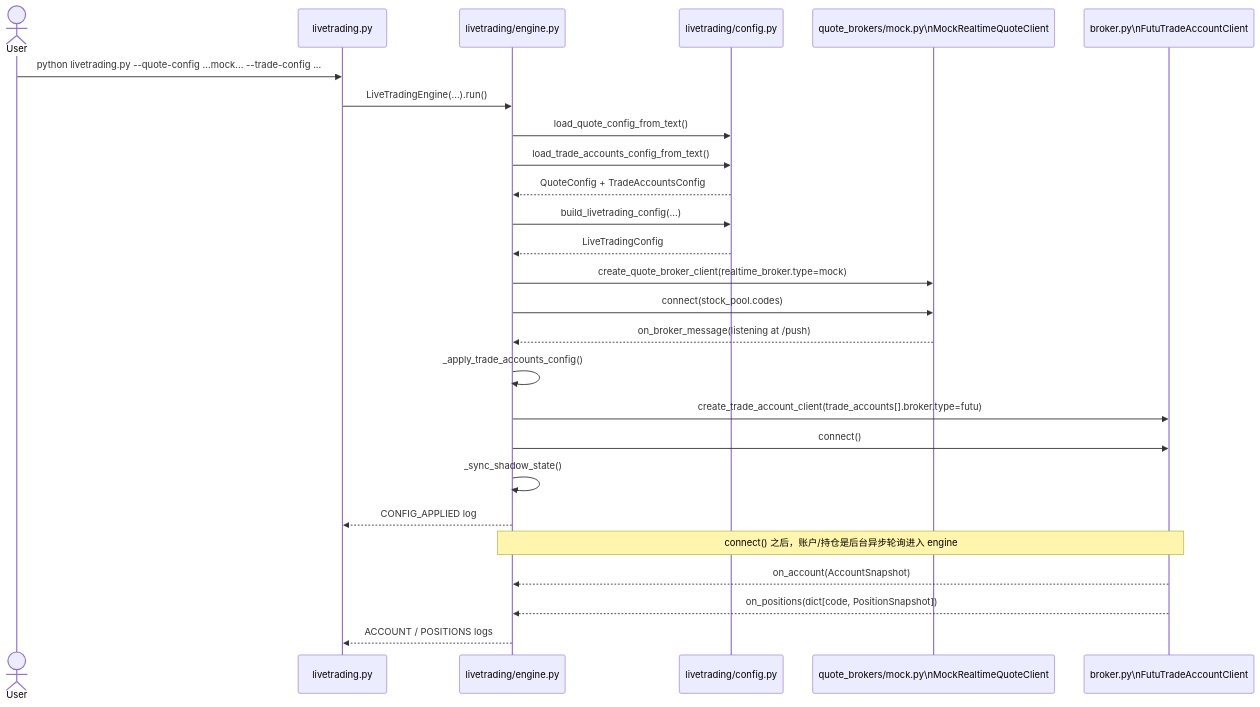
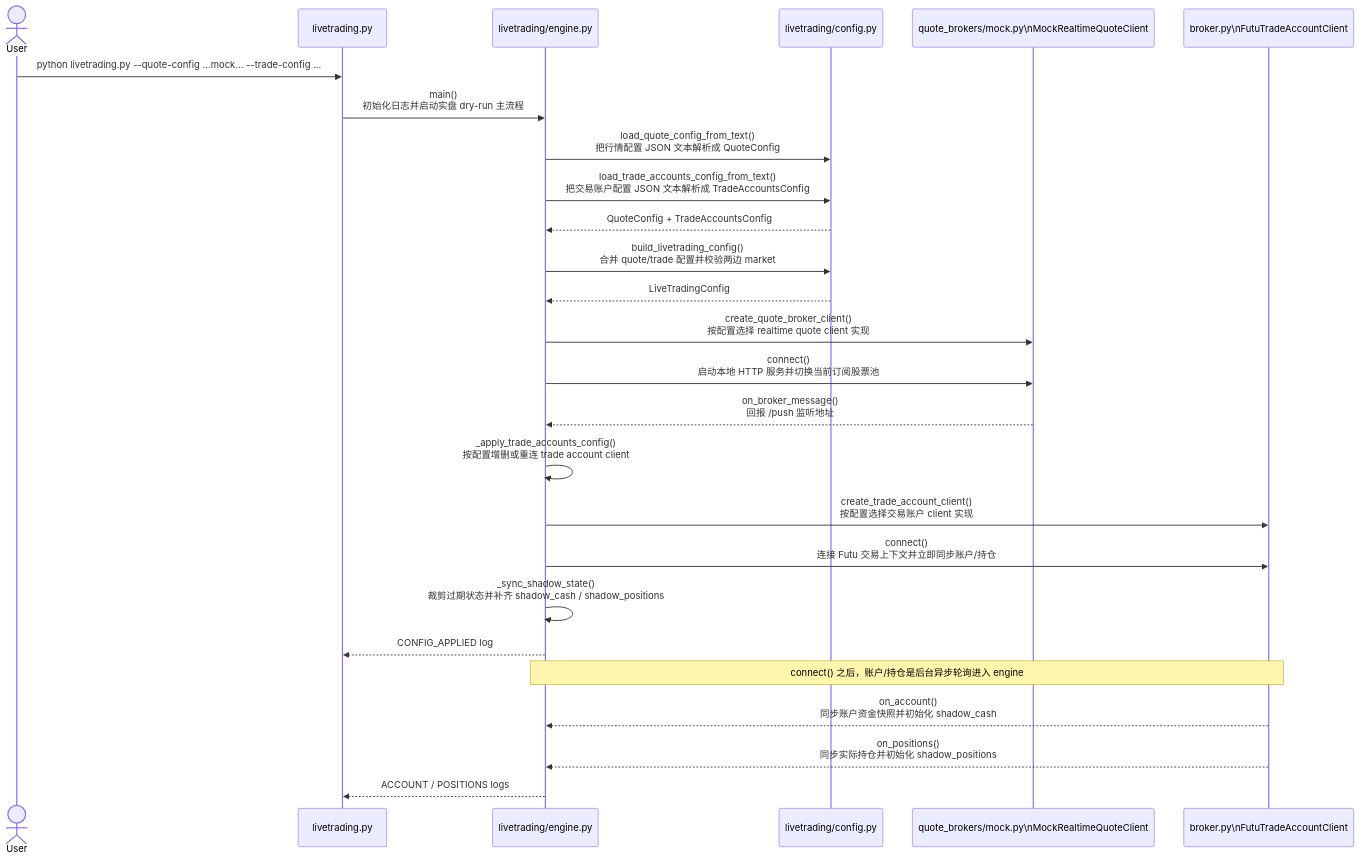
The first of 6 diagrams in docs/README_livetrading_mock_sequence.md (hangchow/backtest), drawn with Mermaid before and after one commit. The commit also changed other lines of this file and 11 other files, not shown here.

Commit message:
Clarify livetrading sequence flow docs

````diff
--- a/docs/README_livetrading_mock_sequence.md
+++ b/docs/README_livetrading_mock_sequence.md
@@ -26,32 +28,32 @@
 ```mermaid
 sequenceDiagram
     actor U as User
     participant CLI as livetrading.py
     participant ENG as livetrading/engine.py
     participant CFG as livetrading/config.py
     participant QB as quote_brokers/mock.py\nMockRealtimeQuoteClient
     participant TB as broker.py\nFutuTradeAccountClient
 
     U->>CLI: python livetrading.py --quote-config ...mock... --trade-config ...
-    CLI->>ENG: LiveTradingEngine(...).run()
-    ENG->>CFG: load_quote_config_from_text()
-    ENG->>CFG: load_trade_accounts_config_from_text()
+    CLI->>ENG: main()<br/>初始化日志并启动实盘 dry-run 主流程
+    ENG->>CFG: load_quote_config_from_text()<br/>把行情配置 JSON 文本解析成 QuoteConfig
+    ENG->>CFG: load_trade_accounts_config_from_text()<br/>把交易账户配置 JSON 文本解析成 TradeAccountsConfig
     CFG-->>ENG: QuoteConfig + TradeAccountsConfig
-    ENG->>CFG: build_livetrading_config(...)
+    ENG->>CFG: build_livetrading_config()<br/>合并 quote/trade 配置并校验两边 market
     CFG-->>ENG: LiveTradingConfig
 
-    ENG->>QB: create_quote_broker_client(realtime_broker.type=mock)
-    ENG->>QB: connect(stock_pool.codes)
-    QB-->>ENG: on_broker_message(listening at /push)
+    ENG->>QB: create_quote_broker_client()<br/>按配置选择 realtime quote client 实现
+    ENG->>QB: connect()<br/>启动本地 HTTP 服务并切换当前订阅股票池
+    QB-->>ENG: on_broker_message()<br/>回报 /push 监听地址
 
-    ENG->>ENG: _apply_trade_accounts_config()
-    ENG->>TB: create_trade_account_client(trade_accounts[].broker.type=futu)
-    ENG->>TB: connect()
-    ENG->>ENG: _sync_shadow_state()
+    ENG->>ENG: _apply_trade_accounts_config()<br/>按配置增删或重连 trade account client
+    ENG->>TB: create_trade_account_client()<br/>按配置选择交易账户 client 实现
+    ENG->>TB: connect()<br/>连接 Futu 交易上下文并立即同步账户/持仓
+    ENG->>ENG: _sync_shadow_state()<br/>裁剪过期状态并补齐 shadow_cash / shadow_positions
     ENG-->>CLI: CONFIG_APPLIED log
 
     Note over TB,ENG: connect() 之后，账户/持仓是后台异步轮询进入 engine
-    TB-->>ENG: on_account(AccountSnapshot)
-    TB-->>ENG: on_positions(dict[code, PositionSnapshot])
+    TB-->>ENG: on_account()<br/>同步账户资金快照并初始化 shadow_cash
+    TB-->>ENG: on_positions()<br/>同步实际持仓并初始化 shadow_positions
     ENG-->>CLI: ACCOUNT / POSITIONS logs
 ```
````
